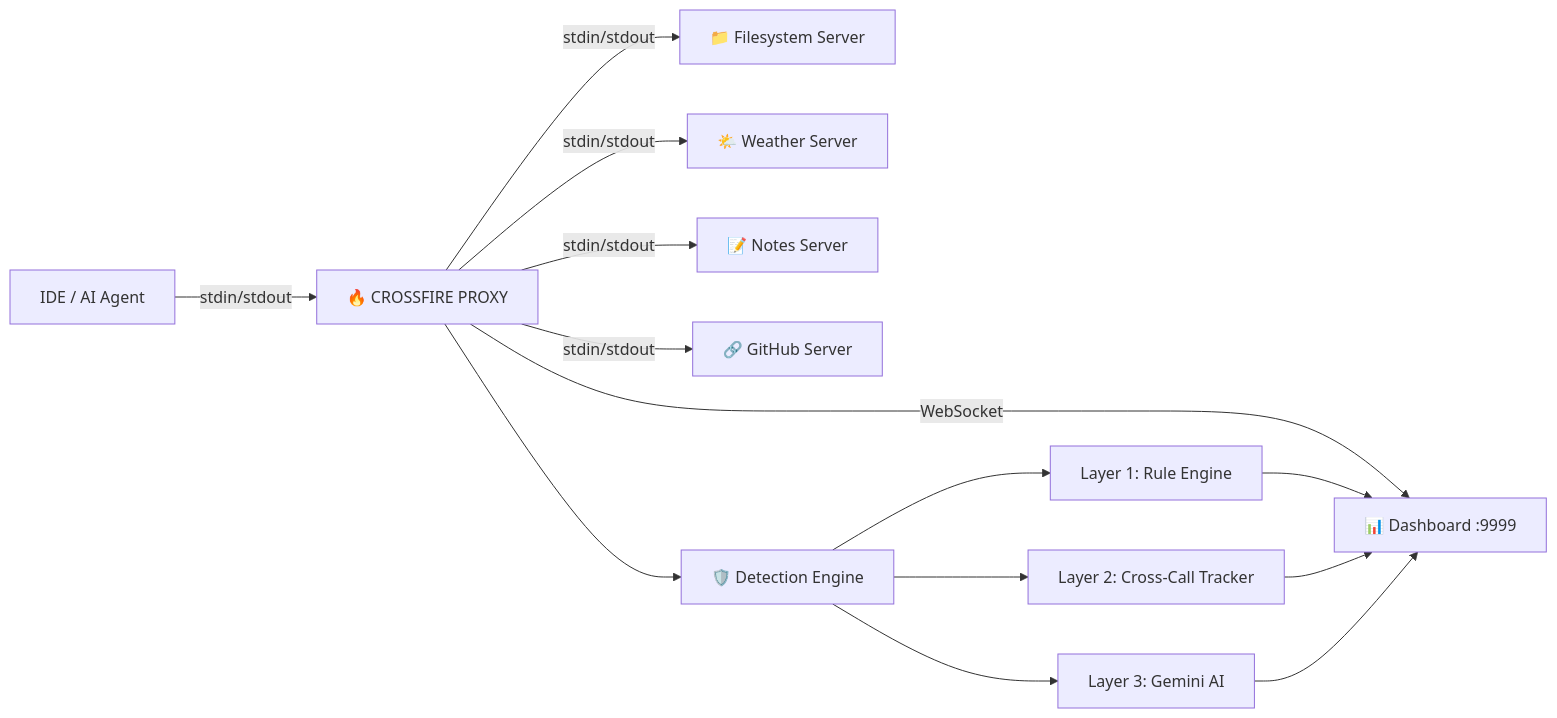
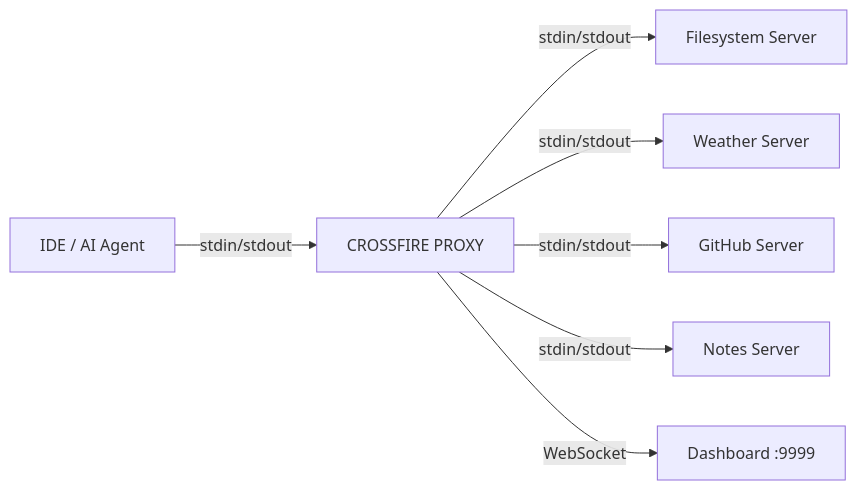
The third of 5 diagrams in README.md (Yugandhar-G/crossfire), drawn with Mermaid before and after one commit. The commit also changed other lines of this file, not shown here.

````diff
--- a/README.md
+++ b/README.md
@@ -59,16 +207,9 @@
 ```mermaid
 graph LR
-    IDE["IDE / AI Agent"] -->|"stdin/stdout"| PROXY["🔥 CROSSFIRE PROXY"]
-    PROXY -->|"stdin/stdout"| MCP1["📁 Filesystem Server"]
-    PROXY -->|"stdin/stdout"| MCP2["🌤️ Weather Server"]
-    PROXY -->|"stdin/stdout"| MCP3["📝 Notes Server"]
-    PROXY -->|"stdin/stdout"| MCP4["🔗 GitHub Server"]
-    PROXY -->|"WebSocket"| DASH["📊 Dashboard :9999"]
-    PROXY --> DET["🛡️ Detection Engine"]
-    DET --> L1["Layer 1: Rule Engine"]
-    DET --> L2["Layer 2: Cross-Call Tracker"]
-    DET --> L3["Layer 3: Gemini AI"]
-    L1 --> DASH
-    L2 --> DASH
-    L3 --> DASH
+    IDE["IDE / AI Agent"] -->|"stdin/stdout"| PROXY["CROSSFIRE PROXY"]
+    PROXY -->|"stdin/stdout"| MCP1["Filesystem Server"]
+    PROXY -->|"stdin/stdout"| MCP2["Weather Server"]
+    PROXY -->|"stdin/stdout"| MCP3["GitHub Server"]
+    PROXY -->|"stdin/stdout"| MCP4["Notes Server"]
+    PROXY -->|"WebSocket"| DASH["Dashboard :9999"]
 ```
````
